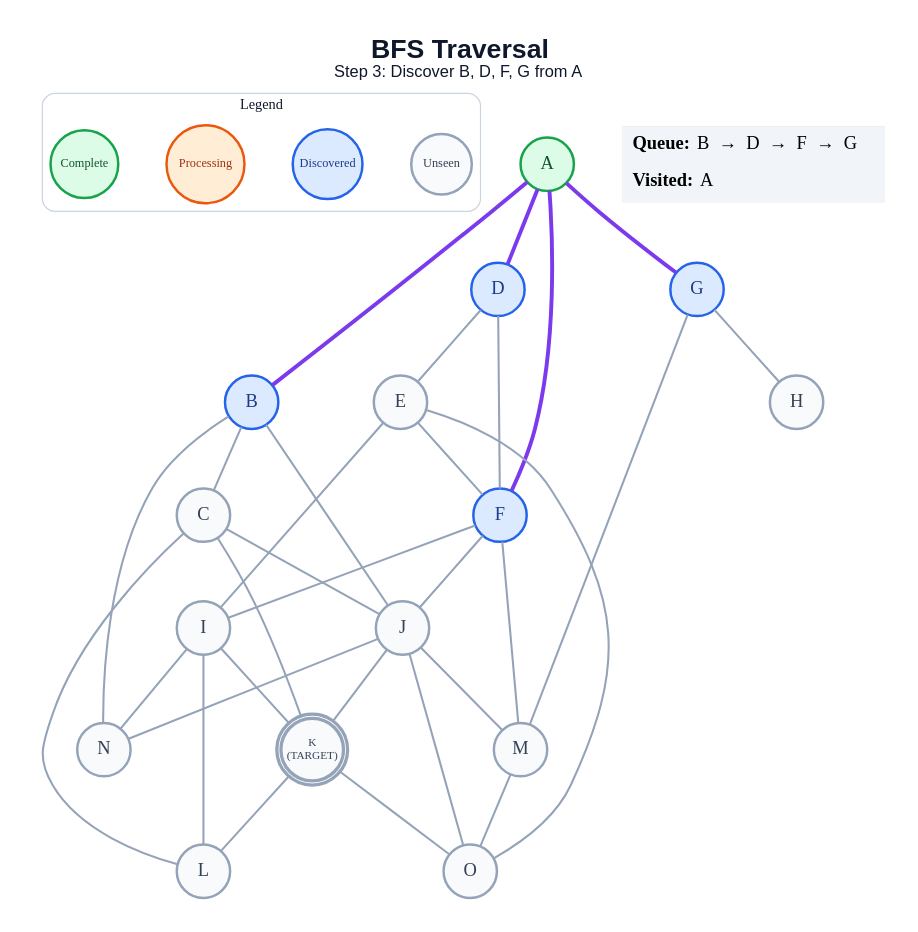
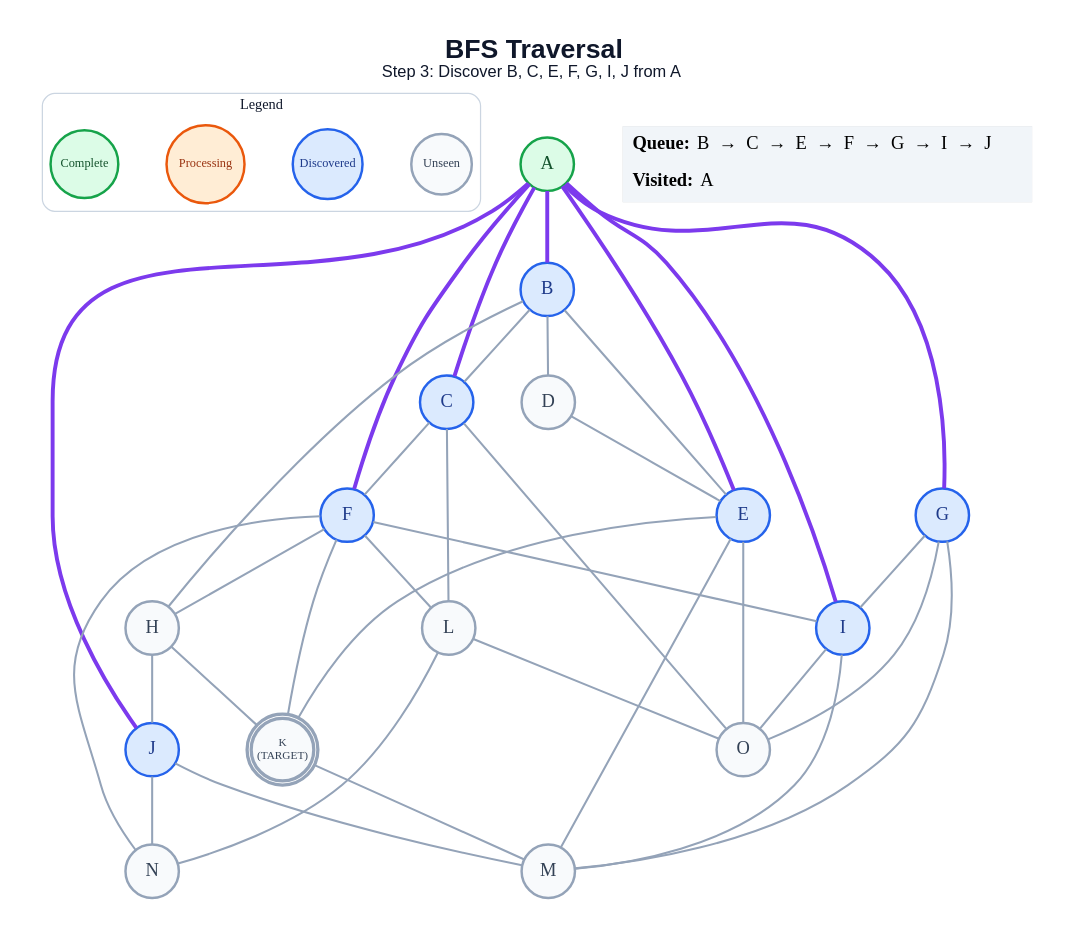
Before and after one commit to anon7238593-create/ai-slop: the diagram in generated/specific-node/bfs/step_03.dot, drawn with Graphviz. The commit also changed 221 other files, not shown here.

```diff
--- a/generated/specific-node/bfs/step_03.dot
+++ b/generated/specific-node/bfs/step_03.dot
@@ -1,64 +1,69 @@
 graph traversal {
   graph [layout=dot, rankdir=TB, bgcolor="#FFFFFF", pad="0.35", nodesep="0.65", ranksep="0.8", fontname="Arial"];
   node [shape=circle, style="filled", fontname="Arial Bold", fontsize=18, width=0.72, fixedsize=true, penwidth=2.4];
   edge [color="#94A3B8", penwidth=2.0];
-  label=<<B>BFS Traversal</B><BR/><FONT POINT-SIZE="16">Step 3: Discover B, D, F, G from A</FONT>>; labelloc="t"; fontsize=26; fontname="Arial"; fontcolor="#0F172A";
+  label=<<B>BFS Traversal</B><BR/><FONT POINT-SIZE="16">Step 3: Discover B, C, E, F, G, I, J from A</FONT>>; labelloc="t"; fontsize=26; fontname="Arial"; fontcolor="#0F172A";
   subgraph cluster_legend { label="Legend"; color="#CBD5E1"; penwidth=1.2; style="rounded"; fontsize=14; fontname="Arial Bold";
     key_unseen [label="Unseen", fillcolor="#F8FAFC", color="#94A3B8", fontcolor="#334155", fontsize=12, width=0.82];
     key_frontier [label="Discovered", fillcolor="#DBEAFE", color="#2563EB", fontcolor="#1E3A8A", fontsize=12, width=0.95];
     key_current [label="Processing", fillcolor="#FFEDD5", color="#EA580C", fontcolor="#9A3412", fontsize=12, width=1.05];
     key_done [label="Complete", fillcolor="#DCFCE7", color="#16A34A", fontcolor="#14532D", fontsize=12, width=0.92];
     { rank=same; key_unseen; key_frontier; key_current; key_done; }
   }
   A [label="A", fillcolor="#DCFCE7", color="#16A34A", fontcolor="#14532D", peripheries=1, penwidth=2.4];
   B [label="B", fillcolor="#DBEAFE", color="#2563EB", fontcolor="#1E3A8A", peripheries=1, penwidth=2.4];
-  C [label="C", fillcolor="#F8FAFC", color="#94A3B8", fontcolor="#334155", peripheries=1, penwidth=2.4];
-  D [label="D", fillcolor="#DBEAFE", color="#2563EB", fontcolor="#1E3A8A", peripheries=1, penwidth=2.4];
-  E [label="E", fillcolor="#F8FAFC", color="#94A3B8", fontcolor="#334155", peripheries=1, penwidth=2.4];
+  C [label="C", fillcolor="#DBEAFE", color="#2563EB", fontcolor="#1E3A8A", peripheries=1, penwidth=2.4];
+  D [label="D", fillcolor="#F8FAFC", color="#94A3B8", fontcolor="#334155", peripheries=1, penwidth=2.4];
+  E [label="E", fillcolor="#DBEAFE", color="#2563EB", fontcolor="#1E3A8A", peripheries=1, penwidth=2.4];
   F [label="F", fillcolor="#DBEAFE", color="#2563EB", fontcolor="#1E3A8A", peripheries=1, penwidth=2.4];
   G [label="G", fillcolor="#DBEAFE", color="#2563EB", fontcolor="#1E3A8A", peripheries=1, penwidth=2.4];
   H [label="H", fillcolor="#F8FAFC", color="#94A3B8", fontcolor="#334155", peripheries=1, penwidth=2.4];
-  I [label="I", fillcolor="#F8FAFC", color="#94A3B8", fontcolor="#334155", peripheries=1, penwidth=2.4];
-  J [label="J", fillcolor="#F8FAFC", color="#94A3B8", fontcolor="#334155", peripheries=1, penwidth=2.4];
+  I [label="I", fillcolor="#DBEAFE", color="#2563EB", fontcolor="#1E3A8A", peripheries=1, penwidth=2.4];
+  J [label="J", fillcolor="#DBEAFE", color="#2563EB", fontcolor="#1E3A8A", peripheries=1, penwidth=2.4];
   K [label="K\n(TARGET)", fillcolor="#F8FAFC", color="#94A3B8", fontcolor="#334155", peripheries=2, penwidth=3.2, fontsize=11, width=0.85, height=0.85];
   L [label="L", fillcolor="#F8FAFC", color="#94A3B8", fontcolor="#334155", peripheries=1, penwidth=2.4];
   M [label="M", fillcolor="#F8FAFC", color="#94A3B8", fontcolor="#334155", peripheries=1, penwidth=2.4];
   N [label="N", fillcolor="#F8FAFC", color="#94A3B8", fontcolor="#334155", peripheries=1, penwidth=2.4];
   O [label="O", fillcolor="#F8FAFC", color="#94A3B8", fontcolor="#334155", peripheries=1, penwidth=2.4];
   A -- B [color="#7C3AED", penwidth=3.8];
-  A -- D [color="#7C3AED", penwidth=3.8];
+  A -- C [color="#7C3AED", penwidth=3.8];
+  A -- E [color="#7C3AED", penwidth=3.8];
   A -- F [color="#7C3AED", penwidth=3.8];
   A -- G [color="#7C3AED", penwidth=3.8];
+  A -- I [color="#7C3AED", penwidth=3.8];
+  A -- J [color="#7C3AED", penwidth=3.8];
   B -- C;
-  B -- J;
-  B -- N;
-  C -- J;
-  C -- K;
+  B -- D;
+  B -- E;
+  B -- H;
+  C -- F;
   C -- L;
+  C -- O;
   D -- E;
-  D -- F;
-  E -- F;
-  E -- I;
+  E -- K;
+  E -- M;
   E -- O;
+  F -- H;
   F -- I;
-  F -- J;
-  F -- M;
-  G -- H;
+  F -- K;
+  F -- L;
+  F -- N;
+  G -- I;
   G -- M;
-  I -- K;
-  I -- L;
-  I -- N;
-  J -- K;
+  G -- O;
+  H -- J;
+  H -- K;
+  I -- M;
+  I -- O;
   J -- M;
   J -- N;
-  J -- O;
-  K -- L;
-  K -- O;
-  M -- O;
+  K -- M;
+  L -- N;
+  L -- O;
   status [shape=plain, fixedsize=false, width=0, height=0, margin=0, label=<
     <TABLE BORDER="0" CELLBORDER="0" CELLPADDING="7" BGCOLOR="#F1F5F9">
-      <TR><TD ALIGN="LEFT"><B>Queue:</B> B  →  D  →  F  →  G</TD></TR>
+      <TR><TD ALIGN="LEFT"><B>Queue:</B> B  →  C  →  E  →  F  →  G  →  I  →  J</TD></TR>
       <TR><TD ALIGN="LEFT"><B>Visited:</B> A</TD></TR>
     </TABLE>
   >];
 }
```
